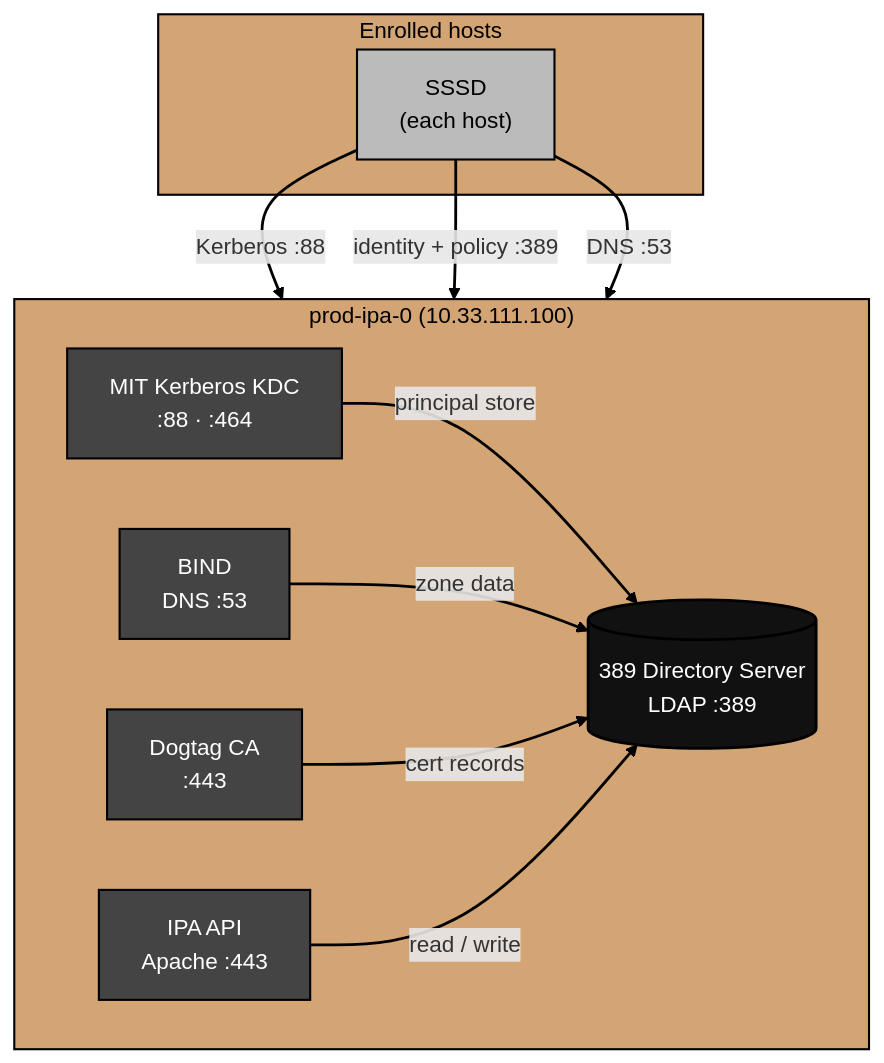
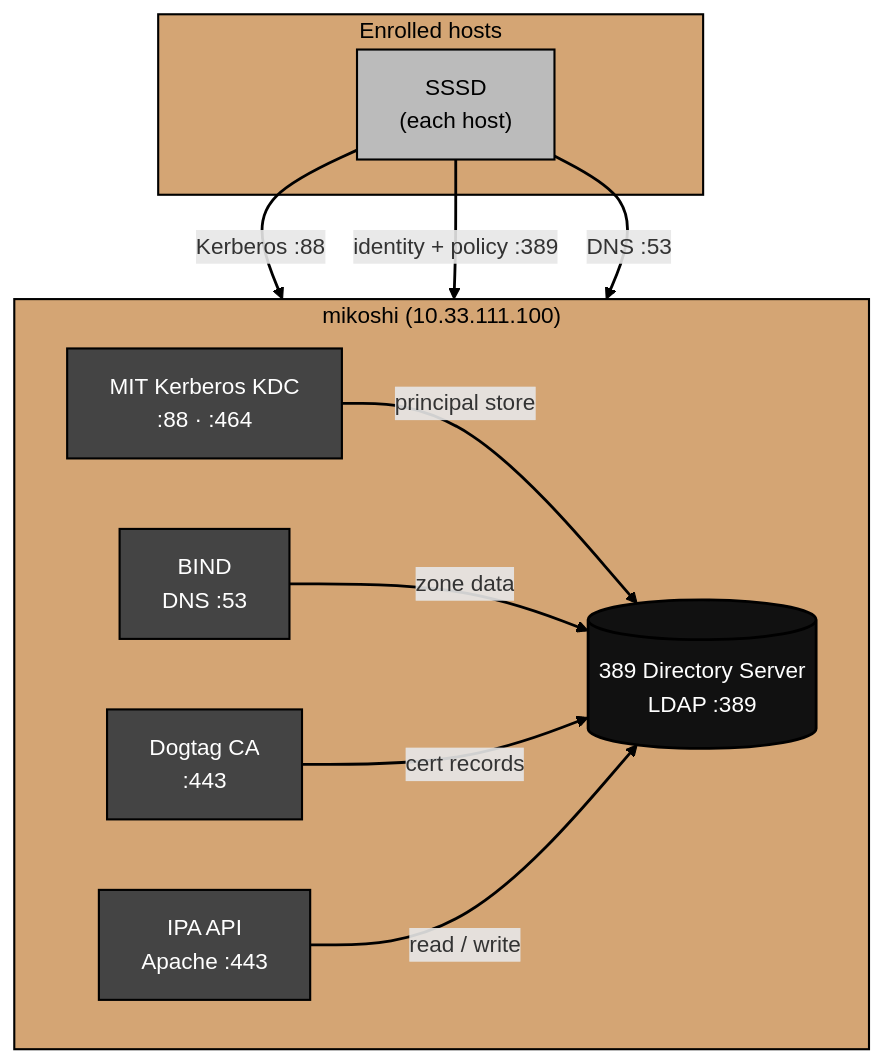
Before and after one commit to arpatek/home.arpa: the diagram in ipa/docs/architecture.md, drawn with Mermaid. The commit also changed other lines of this file and 53 other files, not shown here.

````diff
--- a/ipa/docs/architecture.md
+++ b/ipa/docs/architecture.md
@@ -49,36 +49,36 @@
 ```mermaid
 flowchart TB
-    subgraph IPA["prod-ipa-0 (10.33.111.100)"]
+    subgraph IPA["mikoshi (10.33.111.100)"]
         direction LR
         DS[("389 Directory Server\nLDAP :389")]
         KRB["MIT Kerberos KDC\n:88 · :464"]
         BIND["BIND\nDNS :53"]
         CA["Dogtag CA\n:443"]
         API["IPA API\nApache :443"]
 
         KRB -->|"principal store"| DS
         BIND -->|"zone data"| DS
         CA -->|"cert records"| DS
         API -->|"read / write"| DS
     end
 
     subgraph CLIENTS["Enrolled hosts"]
         SSSD["SSSD\n(each host)"]
     end
 
     SSSD -->|"Kerberos :88"| KRB
     SSSD -->|"identity + policy :389"| DS
     SSSD -->|"DNS :53"| BIND
 
     linkStyle default stroke:#000000,stroke-width:2px;
 
     classDef core      fill:#111111,stroke:#000000,color:#ffffff,stroke-width:2px;
     classDef service   fill:#444444,stroke:#000000,color:#ffffff,stroke-width:1.5px;
     classDef client    fill:#bbbbbb,stroke:#000000,color:#000000,stroke-width:1.5px;
     classDef hostlabel fill:#d4a574,stroke:#000000,color:#000000,stroke-width:1.5px;
 
     class DS core;
     class KRB,BIND,CA,API service;
     class SSSD client;
     class IPA,CLIENTS hostlabel;
 ```
````
